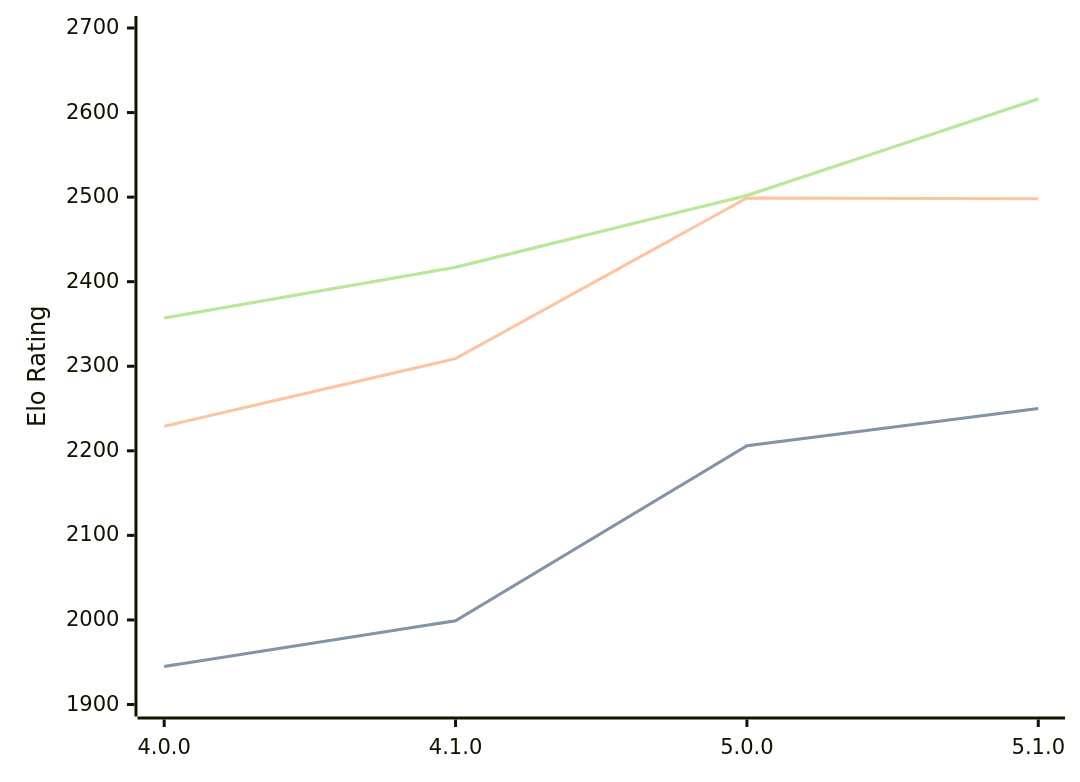
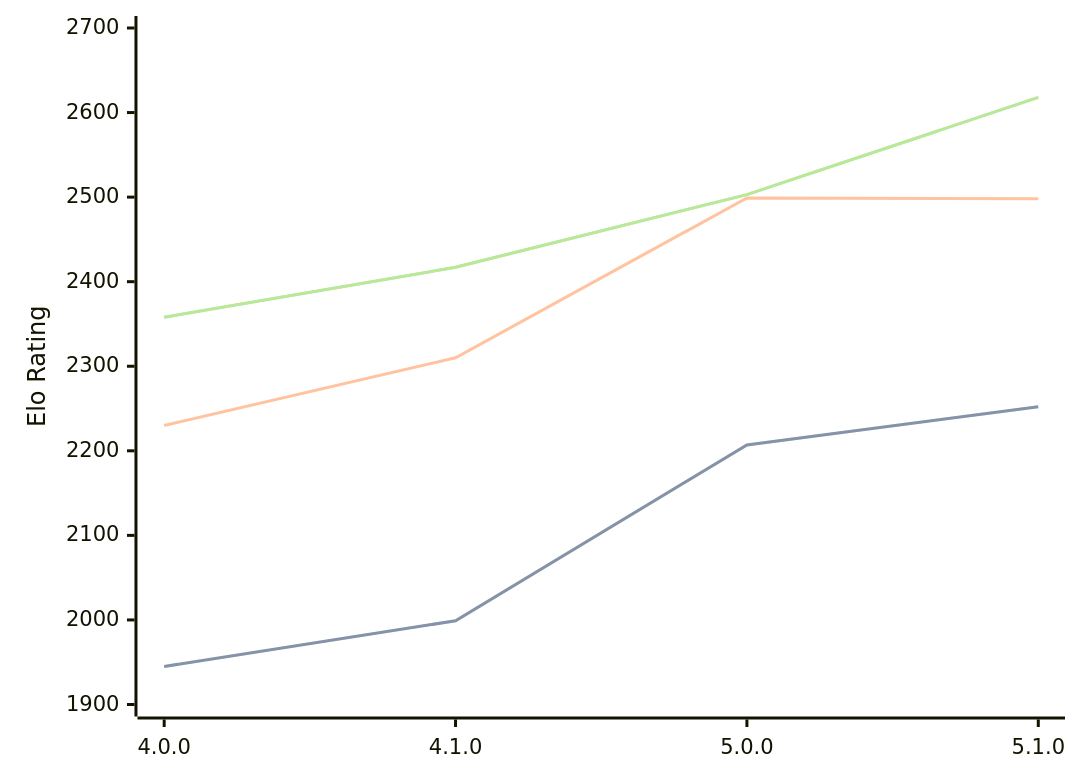
Before and after one commit to computer-chess-index/cci: the diagram in engines/Aconcagua.md, drawn with Mermaid. The commit also changed other lines of this file, not shown here.

Commit message:
Update CCI Ratings (ELO VLTC) - 2026-05-12

````diff
--- a/engines/Aconcagua.md
+++ b/engines/Aconcagua.md
@@ -43,11 +43,11 @@
 ```mermaid
 %%{init: {"theme":"base","themeVariables":{"seriesColors:['#a3a3a3','#222221','#faa371']}}}%%
 xychart-beta
   x-axis ["4.0.0", "4.1.0", "5.0.0", "5.1.0"]
   y-axis "Elo Rating" 1900 --> 2700
-  line "STC (8.0+0.08s)" [1945, 1999, 2206, 2250]
-  line "STC (8.0+0.08s)" [1945, 1999, 2206, 2250]
-  line "LTC (60.0+0.60s)" [2229, 2309, 2499, 2498]
-  line "VLTC (2m24s+1.12s)" [2357, 2417, 2502, 2616]
-  line "VLTC (2m24s+1.12s)" [2357, 2417, 2502, 2616]
+  line "STC (8.0+0.08s)" [1945, 1999, 2207, 2252]
+  line "STC (8.0+0.08s)" [1945, 1999, 2207, 2252]
+  line "LTC (60.0+0.60s)" [2230, 2310, 2499, 2498]
+  line "VLTC (2m24s+1.12s)" [2358, 2417, 2503, 2618]
+  line "VLTC (2m24s+1.12s)" [2358, 2417, 2503, 2618]
 ```
````
